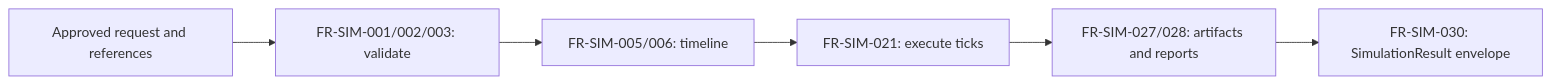
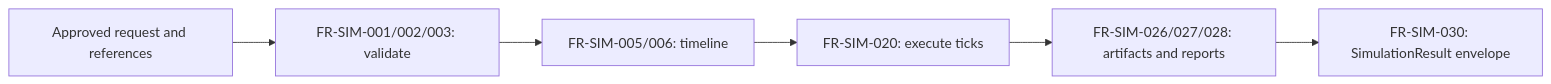
Before and after one commit to haruperi/HaruQuantAI: the third of 9 diagrams in app/services/simulator/README.md, drawn with Mermaid. The commit also changed other lines of this file and 134 other files, not shown here.

````diff
--- a/app/services/simulator/README.md
+++ b/app/services/simulator/README.md
@@ -279,8 +286,8 @@
 ```mermaid
 flowchart LR
     IN[Approved request and references] --> V["FR-SIM-001/002/003: validate"]
     V --> T["FR-SIM-005/006: timeline"]
-    T --> E["FR-SIM-021: execute ticks"]
-    E --> A["FR-SIM-027/028: artifacts and reports"]
+    T --> E["FR-SIM-020: execute ticks"]
+    E --> A["FR-SIM-026/027/028: artifacts and reports"]
     A --> R["FR-SIM-030: SimulationResult envelope"]
 ```
````
